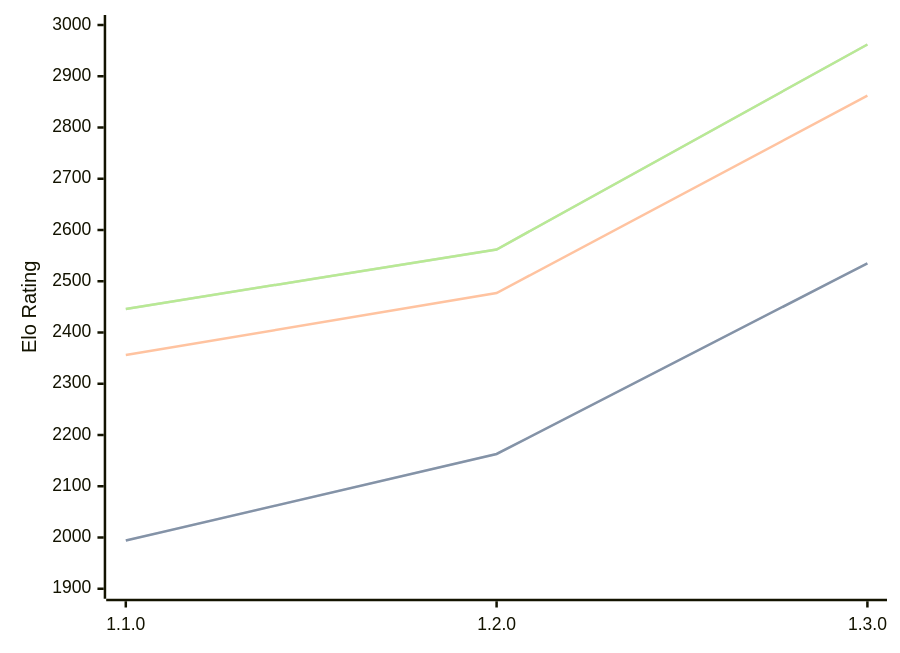
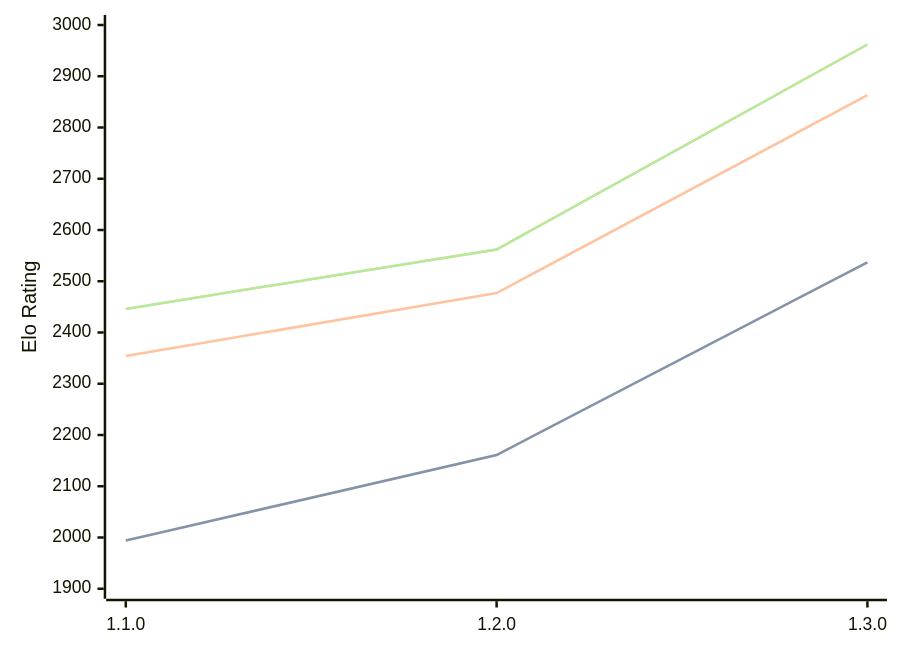
The diagram in engines/Gyatso.md (computer-chess-index/cci), drawn with Mermaid before and after one commit. The commit also changed other lines of this file, not shown here.

````diff
--- a/engines/Gyatso.md
+++ b/engines/Gyatso.md
@@ -34,11 +34,11 @@
 ```mermaid
 %%{init: {"theme":"base","themeVariables":{"seriesColors:['#a3a3a3','#222221','#faa371']}}}%%
 xychart-beta
   x-axis ["1.1.0", "1.2.0", "1.3.0"]
   y-axis "Elo Rating" 1900 --> 3000
-  line "STC (8.0+0.08s)" [1994, 2163, 2535]
-  line "STC (8.0+0.08s)" [1994, 2163, 2535]
-  line "LTC (60.0+0.60s)" [2356, 2477, 2862]
+  line "STC (8.0+0.08s)" [1994, 2161, 2537]
+  line "STC (8.0+0.08s)" [1994, 2161, 2537]
+  line "LTC (60.0+0.60s)" [2354, 2477, 2863]
   line "VLTC (2m24s+1.12s)" [2446, 2562, 2962]
   line "VLTC (2m24s+1.12s)" [2446, 2562, 2962]
 ```
````
